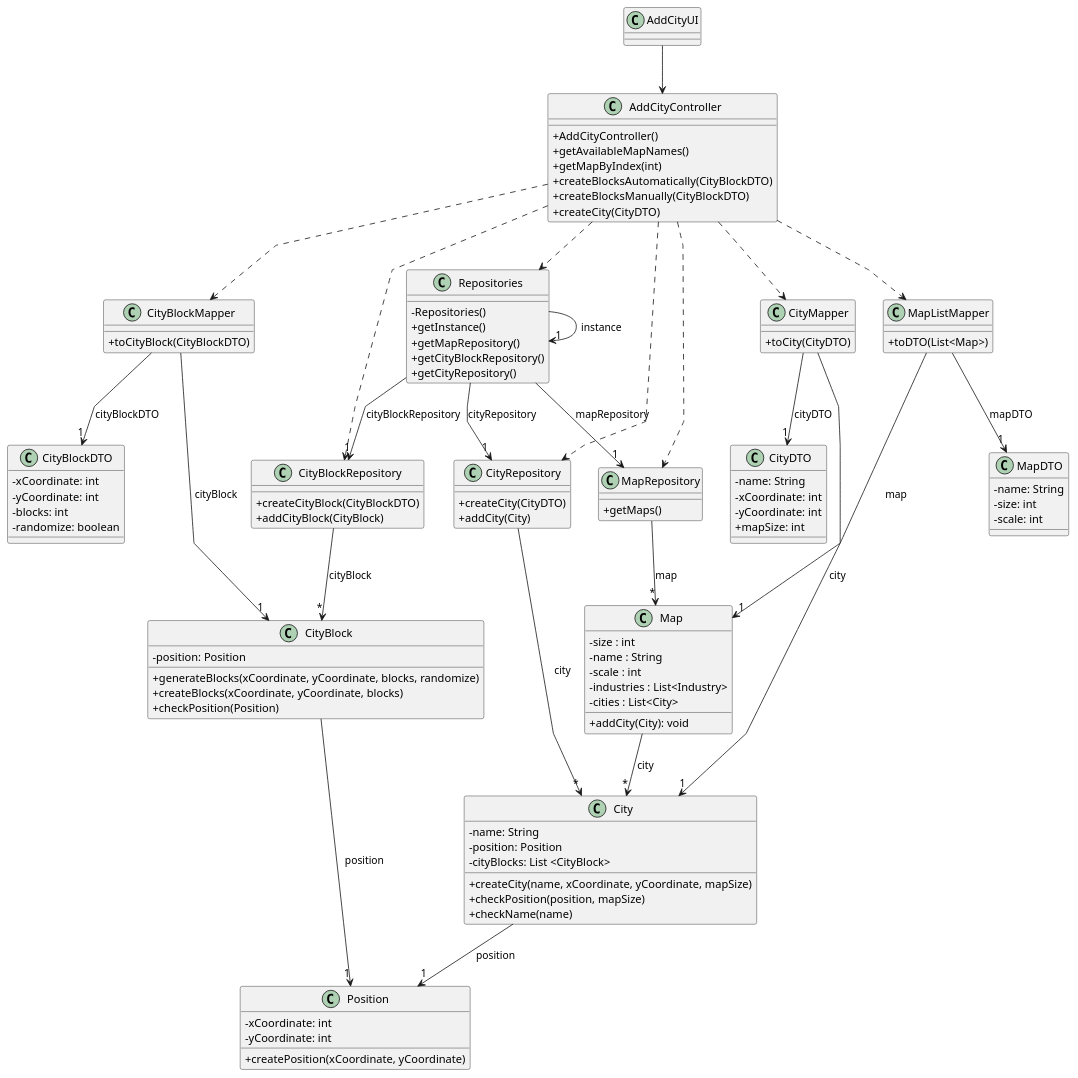
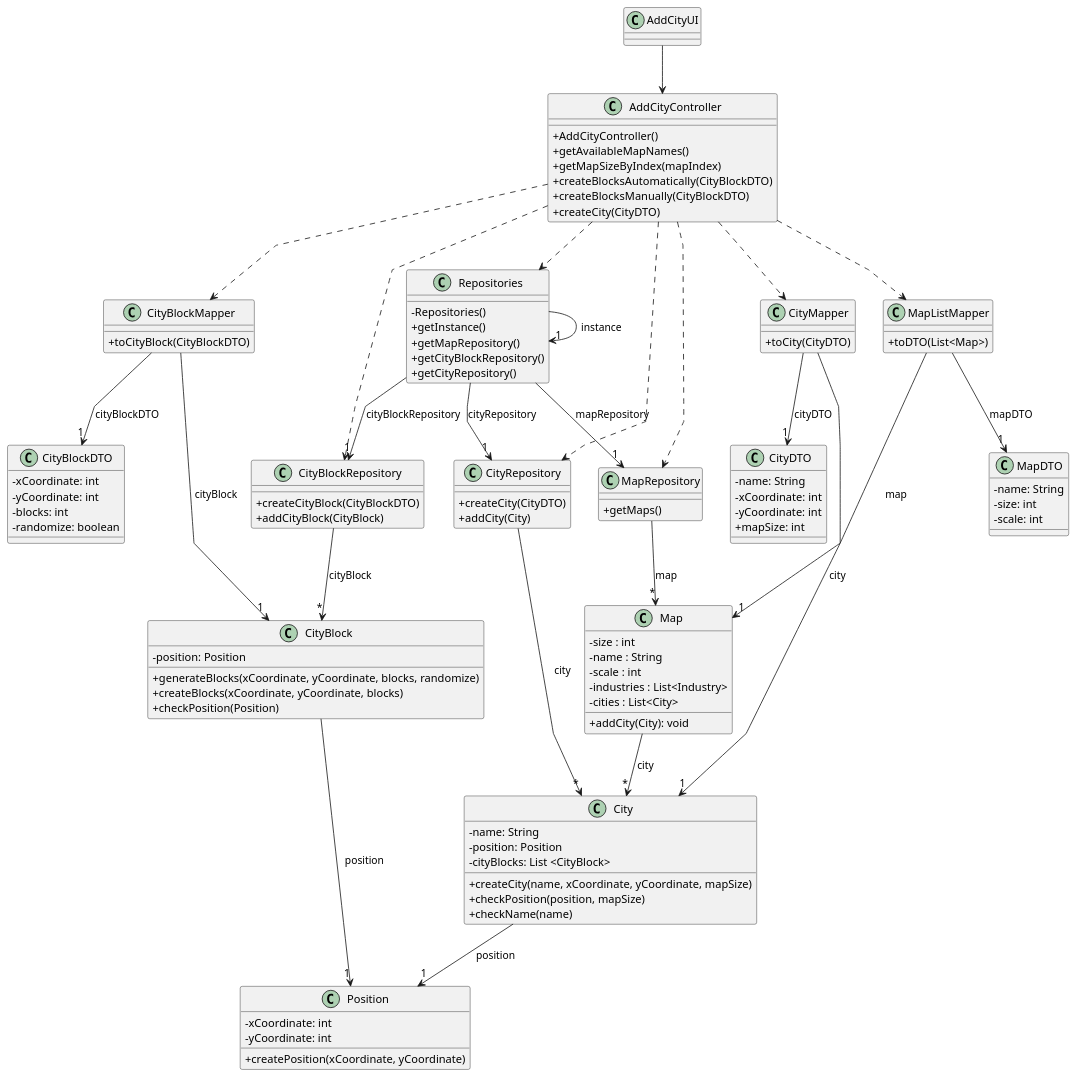
One commit to 1240935/pi2-railway-simulator changed the diagram in Sprint3/US003/03.design/puml/US003-CD.puml. Above: the diagram before and after it, drawn with PlantUML. The commit also changed 20 other files, not shown here.

```diff
--- a/Sprint3/US003/03.design/puml/US003-CD.puml
+++ b/Sprint3/US003/03.design/puml/US003-CD.puml
@@ -1,139 +1,139 @@
 @startuml
 'skinparam monochrome true
 skinparam packageStyle rectangle
 skinparam shadowing false
 skinparam linetype polyline
 'skinparam linetype orto
 
 skinparam classAttributeIconSize 0
 
 'left to right direction
 
 class AddCityUI{
 }
 
 class AddCityController {
   +AddCityController()
   +getAvailableMapNames()
-  +getMapByIndex(int)
+  +getMapSizeByIndex(mapIndex)
   +createBlocksAutomatically(CityBlockDTO)
   +createBlocksManually(CityBlockDTO)
   +createCity(CityDTO)
 }
 
 class Repositories {
   -Repositories()
   +getInstance()
   +getMapRepository()
   +getCityBlockRepository()
   +getCityRepository()
 }
 
 class MapRepository {
   +getMaps()
 }
 
 class CityBlockRepository {
   +createCityBlock(CityBlockDTO)
   +addCityBlock(CityBlock)
 }
 
 class CityRepository {
   +createCity(CityDTO)
   +addCity(City)
 }
 
 class MapListMapper {
   +toDTO(List<Map>)
 }
 
 class CityBlockMapper {
   +toCityBlock(CityBlockDTO)
 }
 
 class CityMapper {
   +toCity(CityDTO)
 }
 
 class MapDTO {
   -name: String
   -size: int
   -scale: int
 }
 
 class CityBlockDTO {
   -xCoordinate: int
   -yCoordinate: int
   -blocks: int
   -randomize: boolean
 }
 
 class CityDTO {
   -name: String
   -xCoordinate: int
   -yCoordinate: int
   +mapSize: int
 }
 
 class Map {
   - size : int
     - name : String
     - scale : int
     - industries : List<Industry>
     - cities : List<City>
   +addCity(City): void
 }
 
 class CityBlock {
    -position: Position
   +generateBlocks(xCoordinate, yCoordinate, blocks, randomize)
   +createBlocks(xCoordinate, yCoordinate, blocks)
   +checkPosition(Position)
 }
 
 class City {
   -name: String
   -position: Position
   -cityBlocks: List <CityBlock>
   +createCity(name, xCoordinate, yCoordinate, mapSize)
   +checkPosition(position, mapSize)
   +checkName(name)
 }
 
 class Position {
   -xCoordinate: int
   -yCoordinate: int
   +createPosition(xCoordinate, yCoordinate)
 }
 
 AddCityUI --> AddCityController
 
 AddCityController ..> Repositories
 AddCityController ..> MapListMapper
 AddCityController ..> CityBlockMapper
 AddCityController ..> CityMapper
 AddCityController ..> MapRepository
 AddCityController ..> CityBlockRepository
 AddCityController ..> CityRepository
 
 Repositories -> "1" Repositories : instance
 Repositories --> "1" MapRepository: mapRepository
 Repositories --> "1" CityBlockRepository: cityBlockRepository
 Repositories --> "1" CityRepository: cityRepository
 
 MapRepository --> "*" Map: map
 MapListMapper --> "1" MapDTO: mapDTO
 MapListMapper --> "1" Map: map
 CityBlockMapper --> "1" CityBlock: cityBlock
 CityBlockMapper --> "1" CityBlockDTO: cityBlockDTO
 CityMapper --> "1" City: city
 CityMapper --> "1" CityDTO: cityDTO
 
 CityBlockRepository --> "*" CityBlock: cityBlock
 CityRepository --> "*" City: city
 
 City --> "1" Position: position
 CityBlock --> "1" Position: position
 Map --> "*" City: city
 
 @enduml
```
